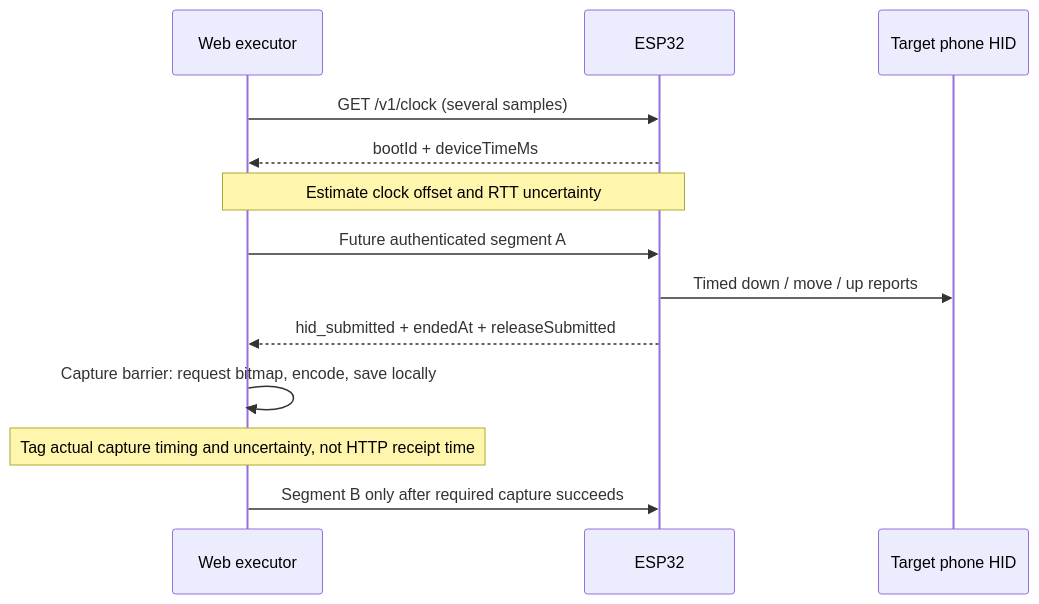
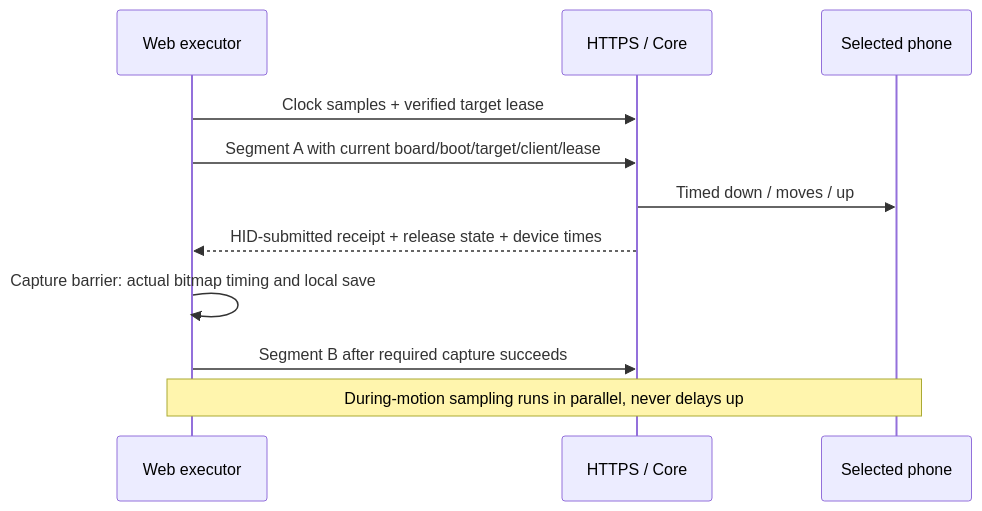
One commit to cccat6/iphone-agent-harness changed the second of 2 diagrams in docs/architecture/firmware-implementation.md. Above: the diagram before and after it, drawn with Mermaid. The commit also changed other lines of this file and 263 other files, not shown here.

Commit message:
Complete local iPhone harness, signed Skills and secure ESP32 bridge

````diff
--- a/docs/architecture/firmware-implementation.md
+++ b/docs/architecture/firmware-implementation.md
@@ -68,15 +53,13 @@
 ```mermaid
 sequenceDiagram
   participant W as Web executor
-  participant E as ESP32
-  participant P as Target phone HID
-  W->>E: GET /v1/clock (several samples)
-  E-->>W: bootId + deviceTimeMs
-  Note over W,E: Estimate clock offset and RTT uncertainty
-  W->>E: Future authenticated segment A
-  E->>P: Timed down / move / up reports
-  E-->>W: hid_submitted + endedAt + releaseSubmitted
-  W->>W: Capture barrier: request bitmap, encode, save locally
-  Note over W: Tag actual capture timing and uncertainty, not HTTP receipt time
-  W->>E: Segment B only after required capture succeeds
+  participant E as HTTPS / Core
+  participant P as Selected phone
+  W->>E: Clock samples + verified target lease
+  W->>E: Segment A with current board/boot/target/client/lease
+  E->>P: Timed down / moves / up
+  E-->>W: HID-submitted receipt + release state + device times
+  W->>W: Capture barrier: actual bitmap timing and local save
+  W->>E: Segment B after required capture succeeds
+  Note over W,P: During-motion sampling runs in parallel, never delays up
 ```
````
